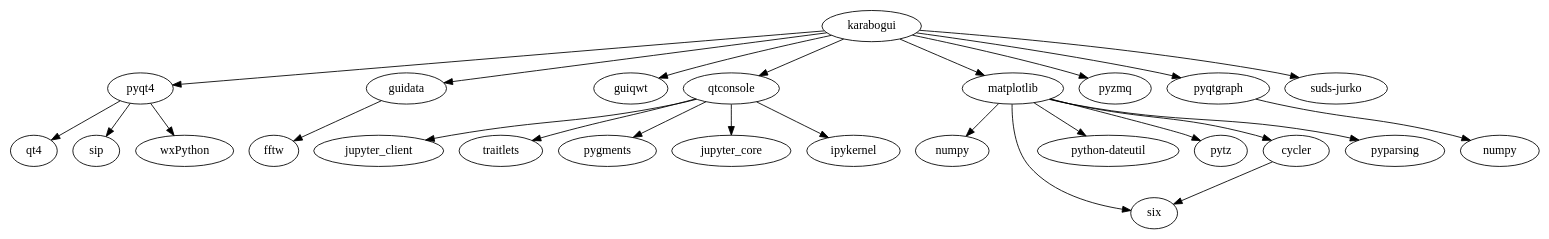
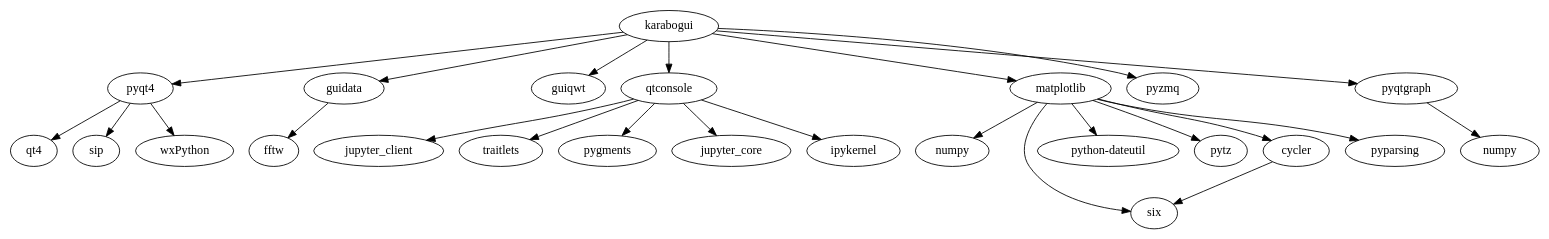
The seventh of 9 diagrams in doc/installation/dependency_management.rst (European-XFEL/Karabo), drawn with Graphviz before and after one commit. The commit also changed other lines of this file and 12 other files, not shown here.

```diff
--- a/doc/installation/dependency_management.rst
+++ b/doc/installation/dependency_management.rst
@@ -460,27 +450,26 @@
 .. digraph:: karabogui_dependencies
 
 	"karabogui" -> "pyqt4"
 	"pyqt4" -> "qt4"
 	"pyqt4" -> "sip"
 	"pyqt4" -> "wxPython"
 	"karabogui" -> "guidata"
 	"karabogui" -> "guiqwt"
 	"guidata" -> "fftw"
 	"karabogui" -> "qtconsole"
 	"karabogui" -> "matplotlib"
 	"matplotlib" -> "numpy"
 	"matplotlib" -> "six"
 	"matplotlib" -> "python-dateutil"
 	"matplotlib" -> "pytz"
 	"matplotlib" -> "cycler"
 	"matplotlib" -> "pyparsing"
 	"qtconsole" -> "jupyter_client"
 	"qtconsole" -> "traitlets"
 	"qtconsole" -> "pygments"
 	"qtconsole" -> "jupyter_core"
 	"qtconsole" -> "ipykernel"
 	"karabogui" -> "pyzmq" 
 	"karabogui" -> "pyqtgraph" 
 	"pyqtgraph" -> "numpy "
 	"cycler" -> "six"
-	"karabogui" -> "suds-jurko" 
```
